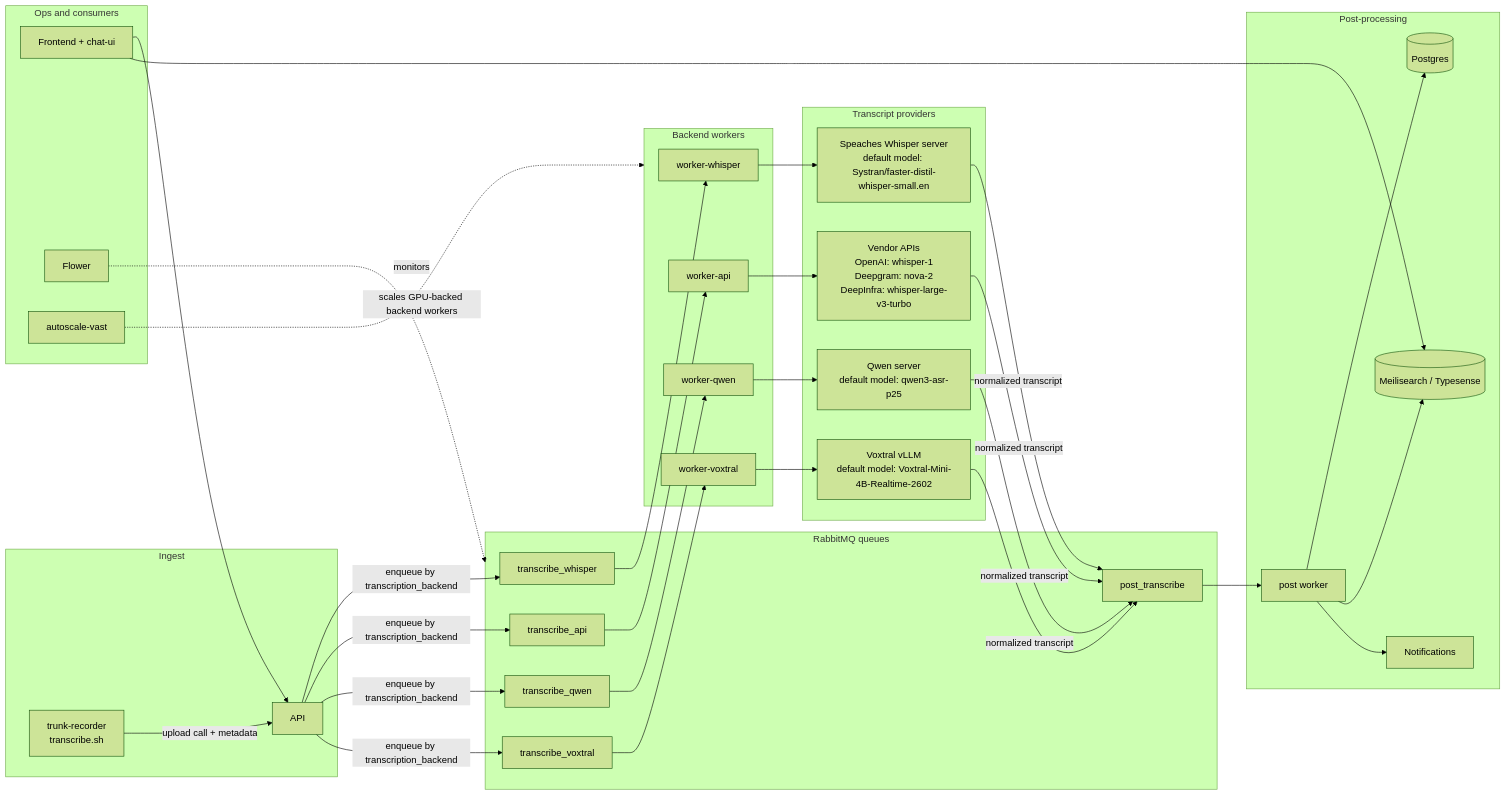
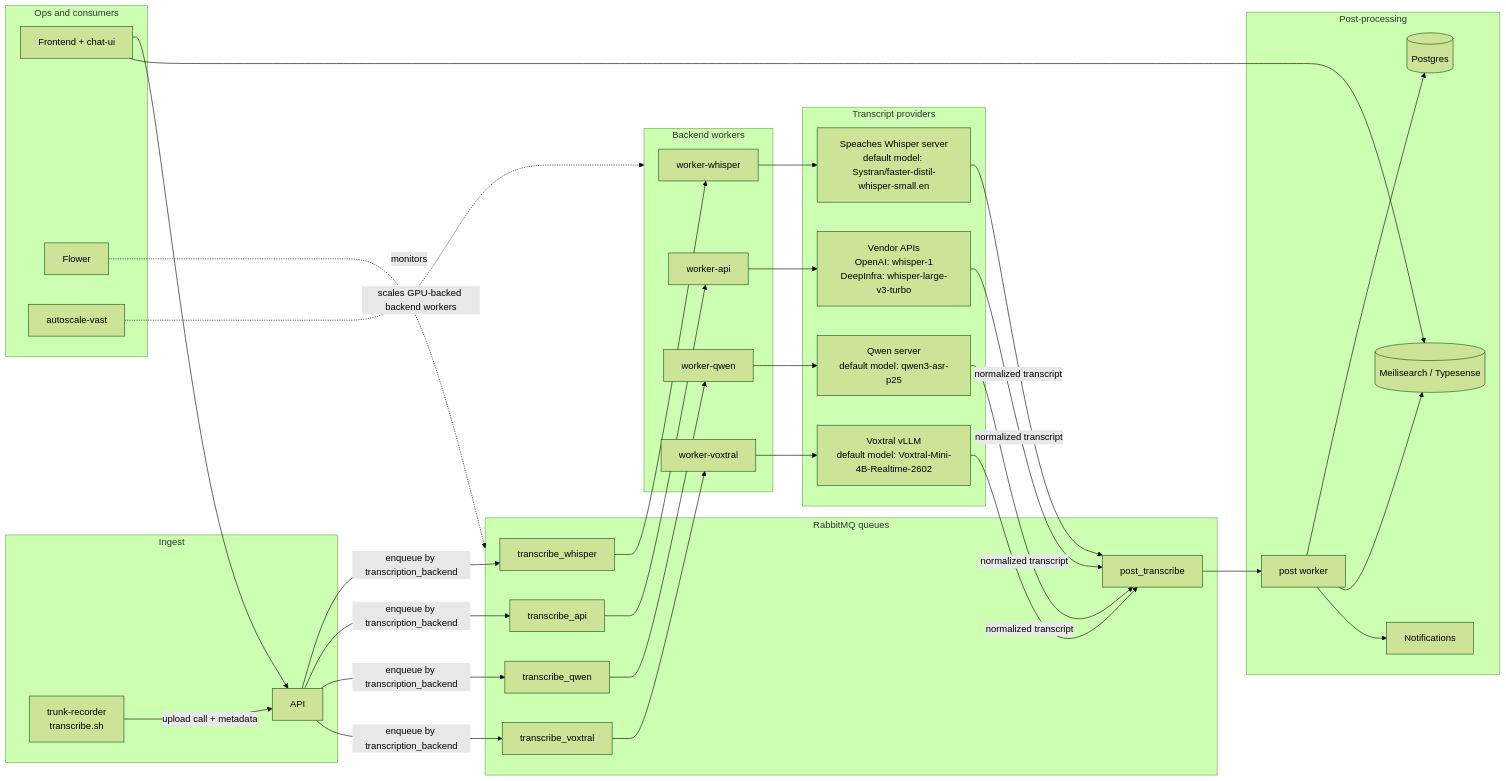
One commit to CrimeIsDown/trunk-transcribe changed the diagram in docs/architecture.md. Above: the diagram before and after it, drawn with Mermaid (forest theme). The commit also changed 16 other files, not shown here.

````diff
--- a/docs/architecture.md
+++ b/docs/architecture.md
@@ -14,63 +14,63 @@
 ```mermaid
 flowchart LR
     subgraph INGEST[Ingest]
         TR[trunk-recorder<br/>transcribe.sh]
         API[API]
     end
 
     subgraph QUEUES[RabbitMQ queues]
         QW[transcribe_whisper]
         QA[transcribe_api]
         QQ[transcribe_qwen]
         QV[transcribe_voxtral]
         QP[post_transcribe]
     end
 
     subgraph EXEC[Backend workers]
         WP[worker-whisper]
         WA[worker-api]
         WQ[worker-qwen]
         WV[worker-voxtral]
     end
 
     subgraph PROVIDERS[Transcript providers]
         PW[Speaches Whisper server<br/>default model: Systran/faster-distil-whisper-small.en]
-        PA[Vendor APIs<br/>OpenAI: whisper-1<br/>Deepgram: nova-2<br/>DeepInfra: whisper-large-v3-turbo]
+        PA[Vendor APIs<br/>OpenAI: whisper-1<br/>DeepInfra: whisper-large-v3-turbo]
         PQW[Qwen server<br/>default model: qwen3-asr-p25]
         PV[Voxtral vLLM<br/>default model: Voxtral-Mini-4B-Realtime-2602]
     end
 
     subgraph POSTPROC[Post-processing]
         POST[post worker]
         DB[(Postgres)]
         SEARCH[(Meilisearch / Typesense)]
         NOTIFY[Notifications]
     end
 
     subgraph OPS[Ops and consumers]
         UI[Frontend + chat-ui]
         FLOWER[Flower]
         AUTO[autoscale-vast]
     end
 
     TR -->|upload call + metadata| API
     API -->|enqueue by transcription_backend| QW
     API -->|enqueue by transcription_backend| QA
     API -->|enqueue by transcription_backend| QQ
     API -->|enqueue by transcription_backend| QV
 
     QW --> WP --> PW -->|normalized transcript| QP
     QA --> WA --> PA -->|normalized transcript| QP
     QQ --> WQ --> PQW -->|normalized transcript| QP
     QV --> WV --> PV -->|normalized transcript| QP
 
     QP --> POST
     POST --> DB
     POST --> SEARCH
     POST --> NOTIFY
 
     UI --> API
     UI --> SEARCH
     FLOWER -. monitors .-> QUEUES
     AUTO -. scales GPU-backed backend workers .-> EXEC
 ```
````
